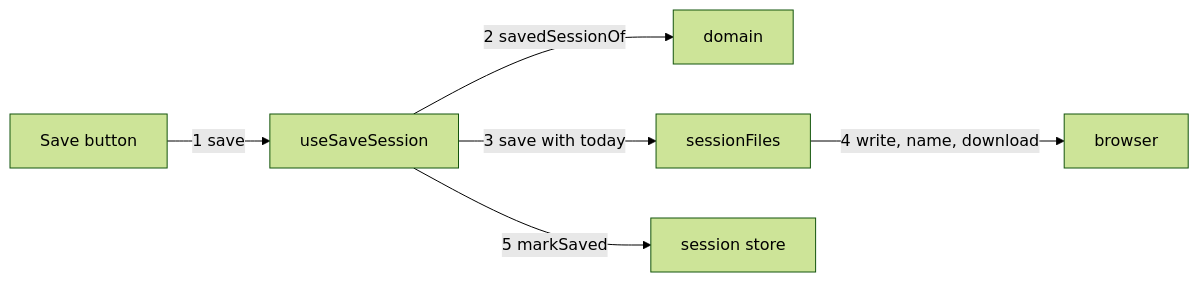
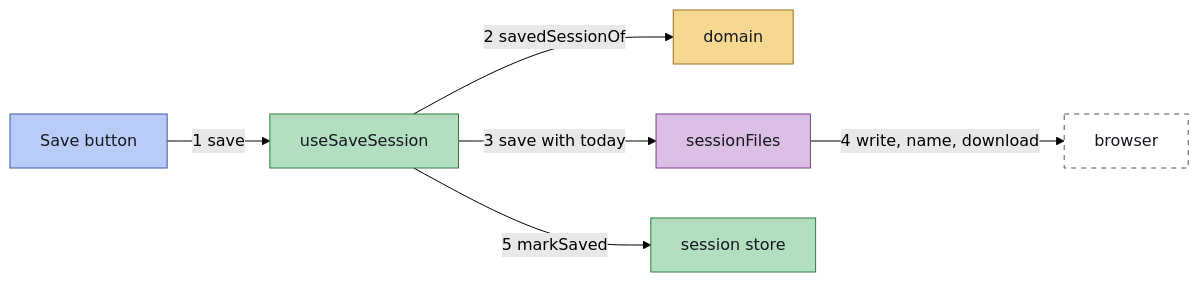
Before and after one commit to cfisch3r/estimate: the second of 3 diagrams in docs/technical/concepts/session-persistence.md, drawn with Mermaid (forest theme). The commit also changed other lines of this file and 4 other files, not shown here.

````diff
--- a/docs/technical/concepts/session-persistence.md
+++ b/docs/technical/concepts/session-persistence.md
@@ -88,8 +94,18 @@
 ```mermaid
 flowchart LR
   Button["Save button"] -->|1 save| UC["useSaveSession"]
   UC -->|2 savedSessionOf| Dom["domain"]
   UC -->|3 save with today| Ad["sessionFiles"]
   Ad -->|4 write, name, download| Br["browser"]
   UC -->|5 markSaved| St["session store"]
+  classDef ui fill:#b9ccf7,stroke:#3d56a6,color:#14171f
+  classDef app fill:#b2dfc0,stroke:#2f7a43,color:#14171f
+  classDef ad fill:#dcbfe5,stroke:#7a3d8c,color:#14171f
+  classDef dom fill:#f6d891,stroke:#9a6f1e,color:#14171f
+  classDef ext fill:#ffffff,stroke:#555555,color:#14171f,stroke-dasharray: 5 5
+  class Button ui
+  class UC,St app
+  class Ad ad
+  class Dom dom
+  class Br ext
 ```
````
